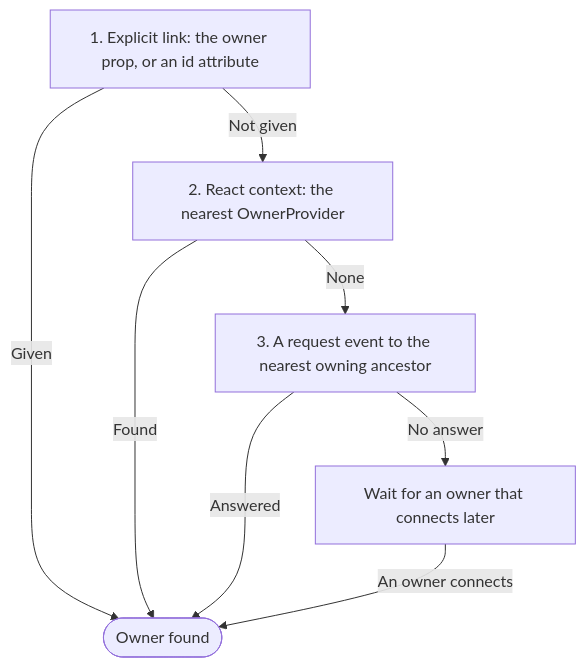
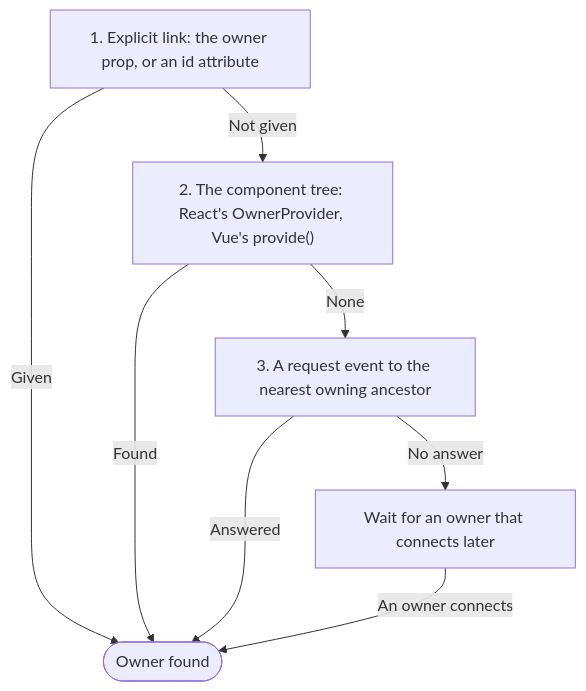
The third of 3 diagrams in docs/contributing/architecture.md (tenphi/uniaria), drawn with Mermaid before and after one commit. The commit also changed other lines of this file and 37 other files, not shown here.

````diff
--- a/docs/contributing/architecture.md
+++ b/docs/contributing/architecture.md
@@ -453,17 +489,17 @@
 ```mermaid
 flowchart TD
   accTitle: How a child finds its owner
-  accDescr: A child first uses an explicit link, the owner prop in React or an id attribute on an element. Without one, a React component takes the nearest OwnerProvider. Otherwise the child dispatches a request event that the nearest owning ancestor answers. A request nobody answers waits for an owner that connects later.
+  accDescr: A child first uses an explicit link, the owner prop in React and Vue or an id attribute on an element. Without one, a React component takes the nearest OwnerProvider and a Vue component the nearest provided owner. Otherwise the child dispatches a request event that the nearest owning ancestor answers. A request nobody answers waits for an owner that connects later.
   explicit["1. Explicit link: the owner prop, or an id attribute"]
-  context["2. React context: the nearest OwnerProvider"]
+  context["2. The component tree: React's OwnerProvider, Vue's provide()"]
   request["3. A request event to the nearest owning ancestor"]
   wait["Wait for an owner that connects later"]
   found(["Owner found"])
   explicit -->|Given| found
   explicit -->|Not given| context
   context -->|Found| found
   context -->|None| request
   request -->|Answered| found
   request -->|No answer| wait
   wait -->|An owner connects| found
 ```
````
